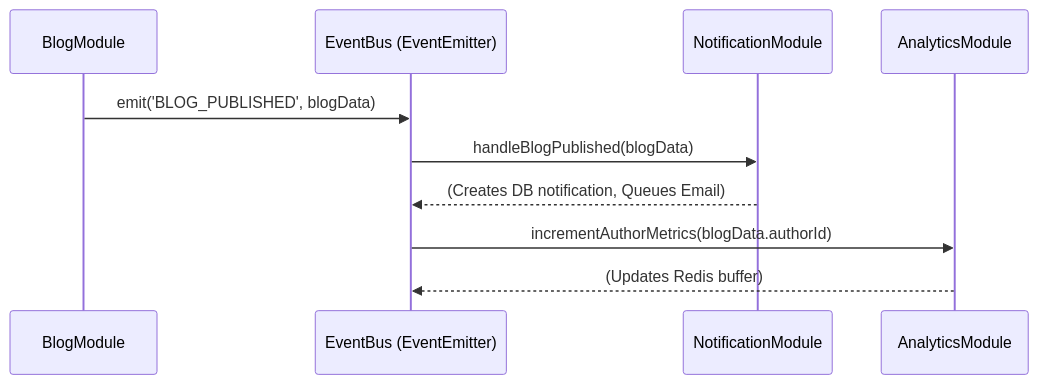
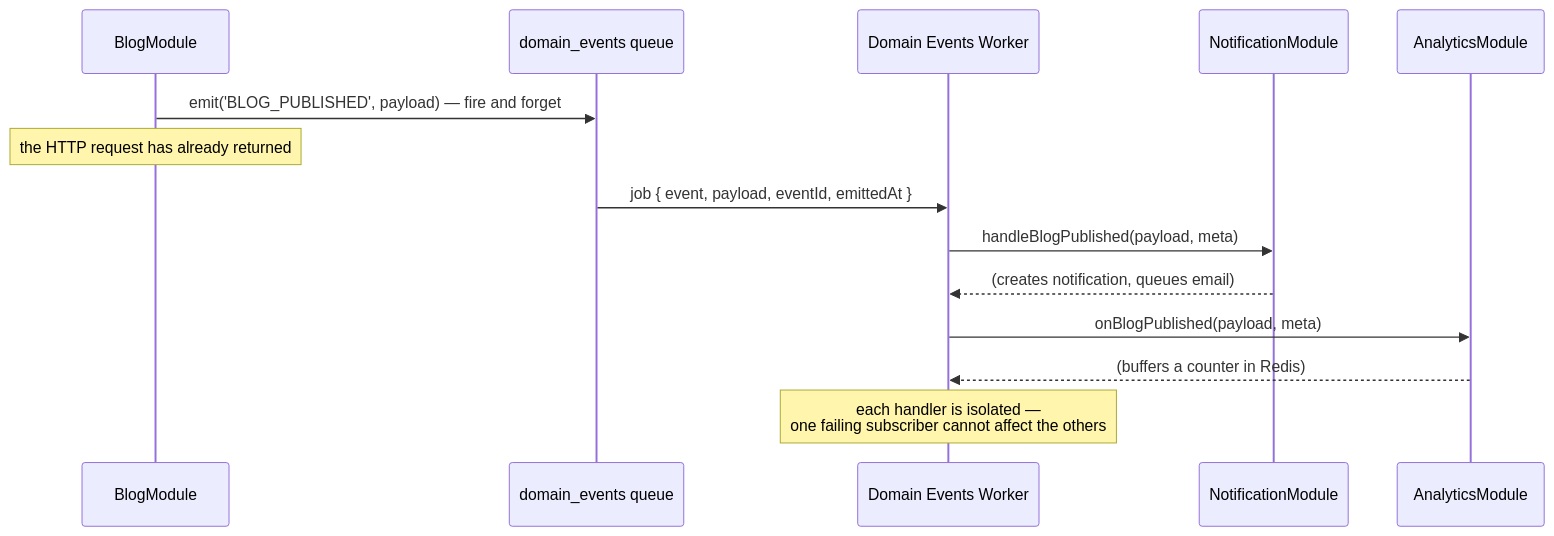
Before and after one commit to samman-varshney/Narrative: the first of 6 diagrams in docs/ARCHITECTURE.md, drawn with Mermaid. The commit also changed other lines of this file and 46 other files, not shown here.

````diff
--- a/docs/ARCHITECTURE.md
+++ b/docs/ARCHITECTURE.md
@@ -87,13 +94,17 @@
 ```mermaid
 sequenceDiagram
     participant B as BlogModule
-    participant EB as EventBus (EventEmitter)
+    participant Q as domain_events queue
+    participant W as Domain Events Worker
     participant N as NotificationModule
     participant A as AnalyticsModule
-    
-    B->>EB: emit('BLOG_PUBLISHED', blogData)
-    EB->>N: handleBlogPublished(blogData)
-    N-->>EB: (Creates DB notification, Queues Email)
-    EB->>A: incrementAuthorMetrics(blogData.authorId)
-    A-->>EB: (Updates Redis buffer)
+
+    B->>Q: emit('BLOG_PUBLISHED', payload) — fire and forget
+    Note over B: the HTTP request has already returned
+    Q->>W: job { event, payload, eventId, emittedAt }
+    W->>N: handleBlogPublished(payload, meta)
+    N-->>W: (creates notification, queues email)
+    W->>A: onBlogPublished(payload, meta)
+    A-->>W: (buffers a counter in Redis)
+    Note over W: each handler is isolated —<br/>one failing subscriber cannot affect the others
 ```
````
